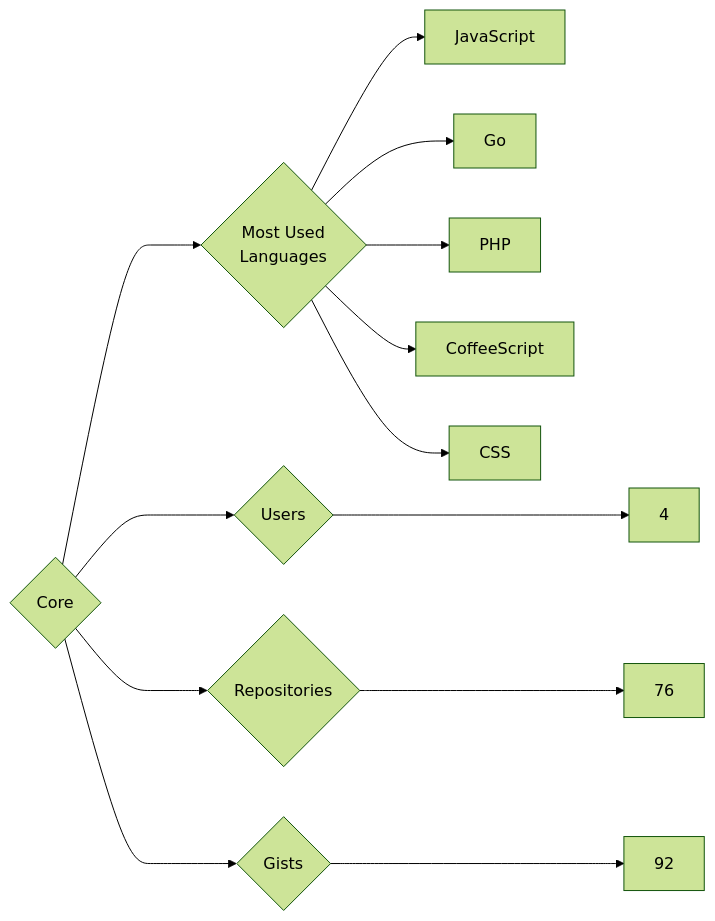
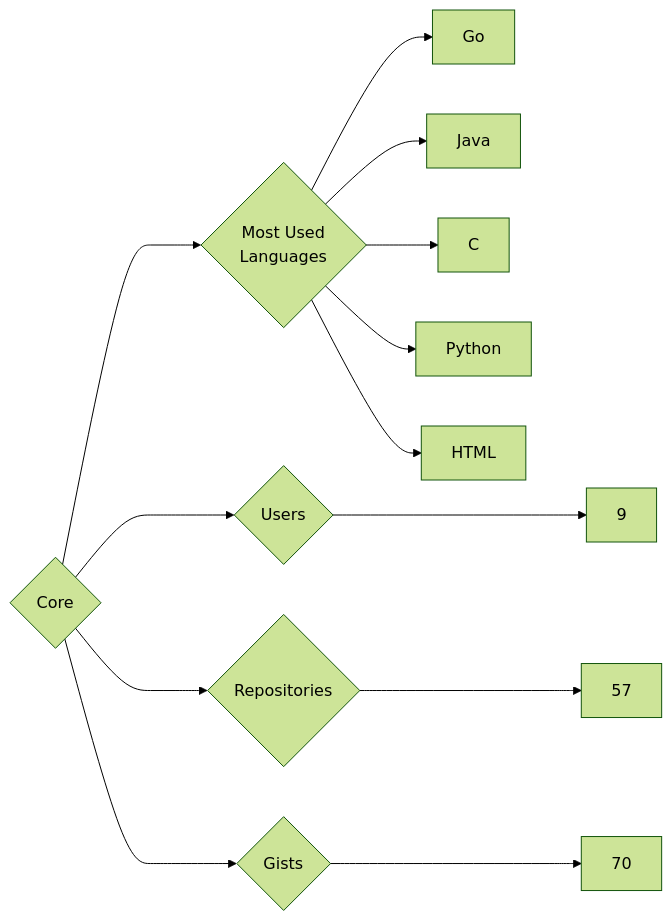
One commit to trickest/insiders changed the diagram in targets/Core/README.md. Above: the diagram before and after it, drawn with Mermaid (forest theme). The commit also changed 988 other files, not shown here.

````diff
--- a/targets/Core/README.md
+++ b/targets/Core/README.md
@@ -3,13 +3,13 @@
 ```mermaid
 graph LR
 COMPANY_NAME{Core}
-COMPANY_NAME ---> U{Users} ---> UN[4]
-COMPANY_NAME ---> R{Repositories} ---> RN[76]
-COMPANY_NAME ---> G{Gists} ---> GN[92]
+COMPANY_NAME ---> U{Users} ---> UN[9]
+COMPANY_NAME ---> R{Repositories} ---> RN[57]
+COMPANY_NAME ---> G{Gists} ---> GN[70]
 COMPANY_NAME ---> ML{Most Used<br>Languages}
-ML --> JavaScript[JavaScript]
 ML --> Go[Go]
-ML --> PHP[PHP]
-ML --> CoffeeScript[CoffeeScript]
-ML --> CSS[CSS]
+ML --> Java[Java]
+ML --> C[C]
+ML --> Python[Python]
+ML --> HTML[HTML]
 ```
````
